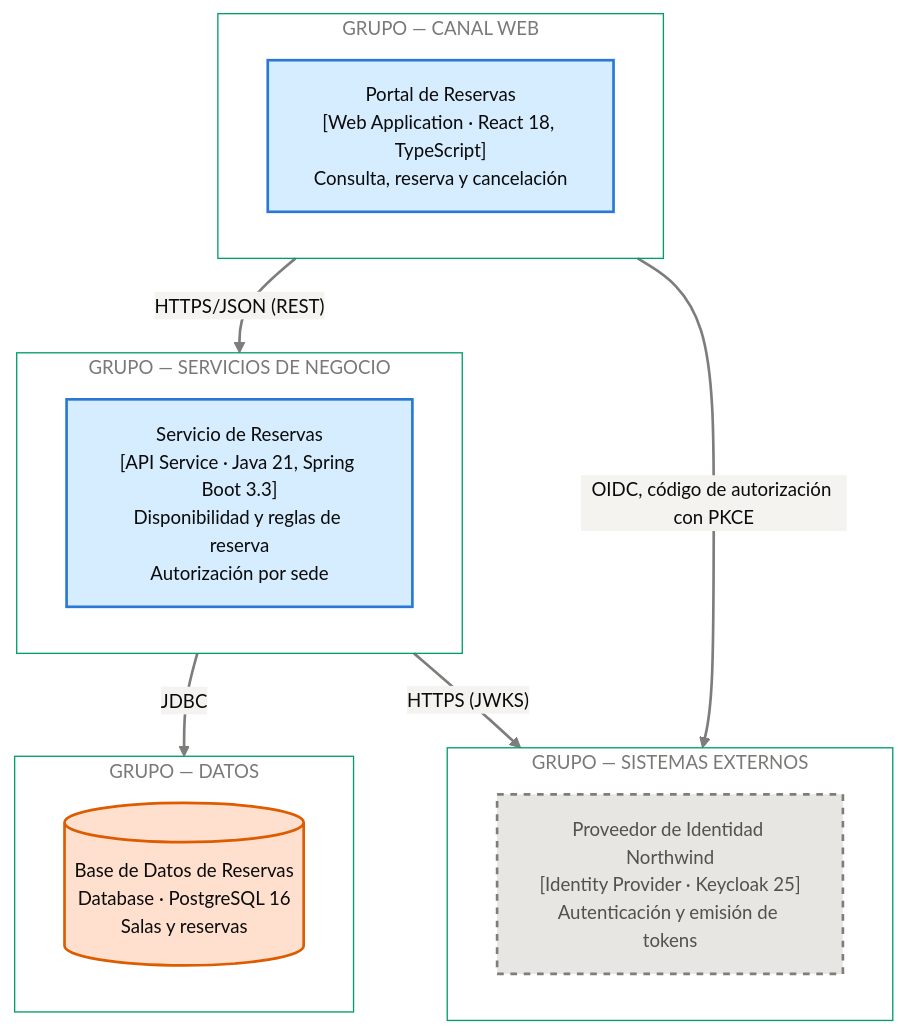
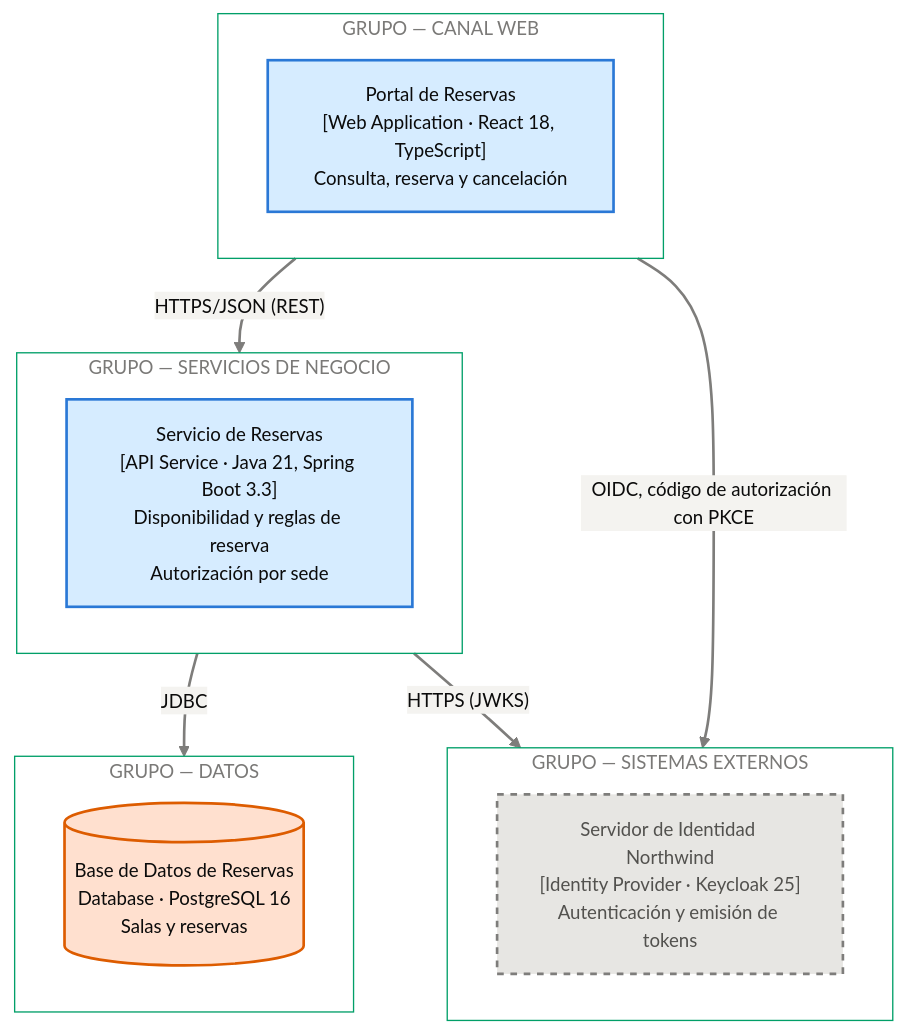
The first of 4 diagrams in docs/03-architecture-layers.md (shadowX4fox/northwind-reservas), drawn with Mermaid before and after one commit. The commit also changed 8 other files, not shown here.

First line of the commit message:
Architecture v1.10.5 — Proveedor de Identidad Northwind: el contenedor L2 se llama Servidor de Identidad Northwind (#122)

````diff
--- a/docs/03-architecture-layers.md
+++ b/docs/03-architecture-layers.md
@@ -103,51 +103,51 @@
 ```mermaid
 %%{
   init: {
     'theme': 'base',
     'themeVariables': {
       'primaryColor': '#d6ecff',
       'primaryBorderColor': '#2a78d6',
       'primaryTextColor': '#0b0b0b',
       'lineColor': '#7e7d7b',
       'edgeLabelBackground': '#f4f3f0',
       'clusterBkg': 'transparent',
       'clusterBorder': '#019f68',
       'titleColor': '#7a7977',
       'tertiaryTextColor': '#7a7977',
       'fontSize': '14px'
     }
   }
 }%%
 %% Diagram ID: [NOT DOCUMENTED — assigned by the diagram register]
 flowchart TB
   subgraph G1["GRUPO — CANAL WEB"]
     PORTAL["Portal de Reservas<br/>[Web Application · React 18, TypeScript]<br/>Consulta, reserva y cancelación"]
   end
 
   subgraph G2["GRUPO — SERVICIOS DE NEGOCIO"]
     SERVICIO["Servicio de Reservas<br/>[API Service · Java 21, Spring Boot 3.3]<br/>Disponibilidad y reglas de reserva<br/>Autorización por sede"]
   end
 
   subgraph G3["GRUPO — DATOS"]
     BD[(Base de Datos de Reservas<br/>Database · PostgreSQL 16<br/>Salas y reservas)]
   end
 
   subgraph G4["GRUPO — SISTEMAS EXTERNOS"]
-    IDP["Proveedor de Identidad Northwind<br/>[Identity Provider · Keycloak 25]<br/>Autenticación y emisión de tokens"]
+    IDP["Servidor de Identidad Northwind<br/>[Identity Provider · Keycloak 25]<br/>Autenticación y emisión de tokens"]
   end
 
   G1 -->|"HTTPS/JSON (REST)"| G2
   G1 -->|"OIDC, código de autorización con PKCE"| G4
   G2 -->|"JDBC"| G3
   G2 -->|"HTTPS (JWKS)"| G4
 
   classDef zone  fill:none,stroke:#019f68,stroke-width:1px,color:#7a7977;
   classDef unit  fill:#d6ecff,stroke:#2a78d6,stroke-width:2px,color:#0b0b0b;
   classDef store fill:#ffe0cf,stroke:#dd5c00,stroke-width:2px,color:#0b0b0b;
   classDef ext   fill:#e7e6e3,stroke:#7e7d7b,stroke-width:2px,stroke-dasharray:5 5,color:#52514e;
   class G1,G2,G3,G4 zone;
   class PORTAL,SERVICIO unit;
   class BD store;
   class IDP ext;
   linkStyle default stroke:#7e7d7b,stroke-width:2px;
 ```
````
